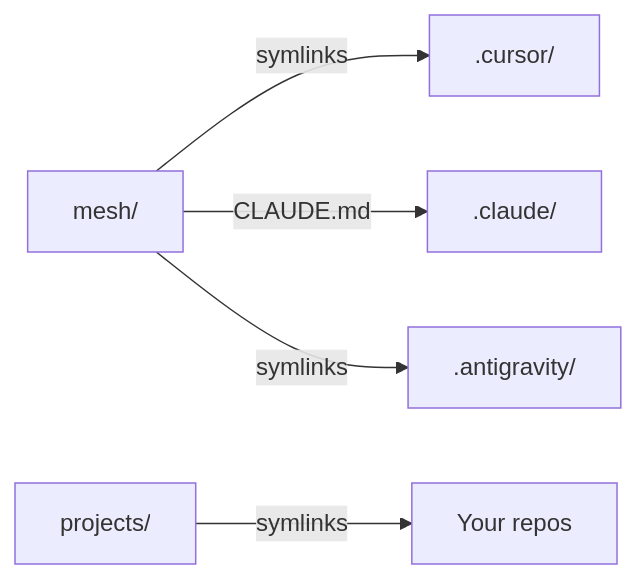
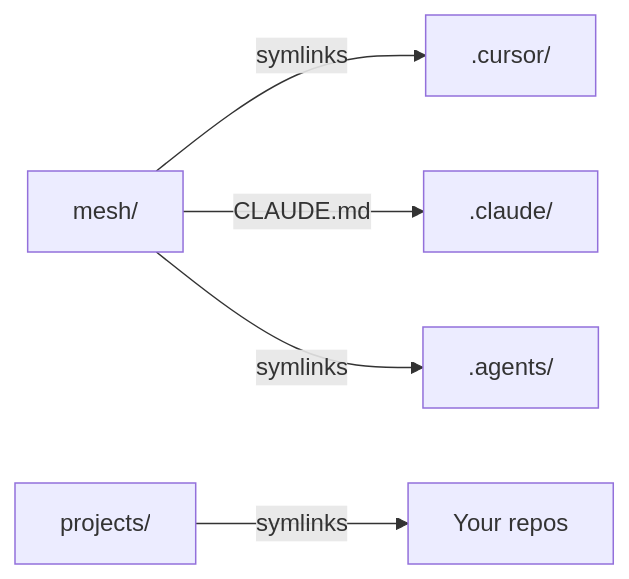
Before and after one commit to samartined/mAIcelium: the diagram in README.md, drawn with Mermaid. The commit also changed other lines of this file and 2 other files, not shown here.

Commit message:
docs: update root files to reflect .agents migration and correct rule extensions

````diff
--- a/README.md
+++ b/README.md
@@ -22,7 +22,7 @@
 ```mermaid
 graph LR
     Mesh["mesh/"] -->|symlinks| Cursor[".cursor/"]
     Mesh -->|"CLAUDE.md"| Claude[".claude/"]
-    Mesh -->|symlinks| Antigravity[".antigravity/"]
+    Mesh -->|symlinks| Agents[".agents/"]
     Projects["projects/"] -->|symlinks| Repos["Your repos"]
 ```
````
